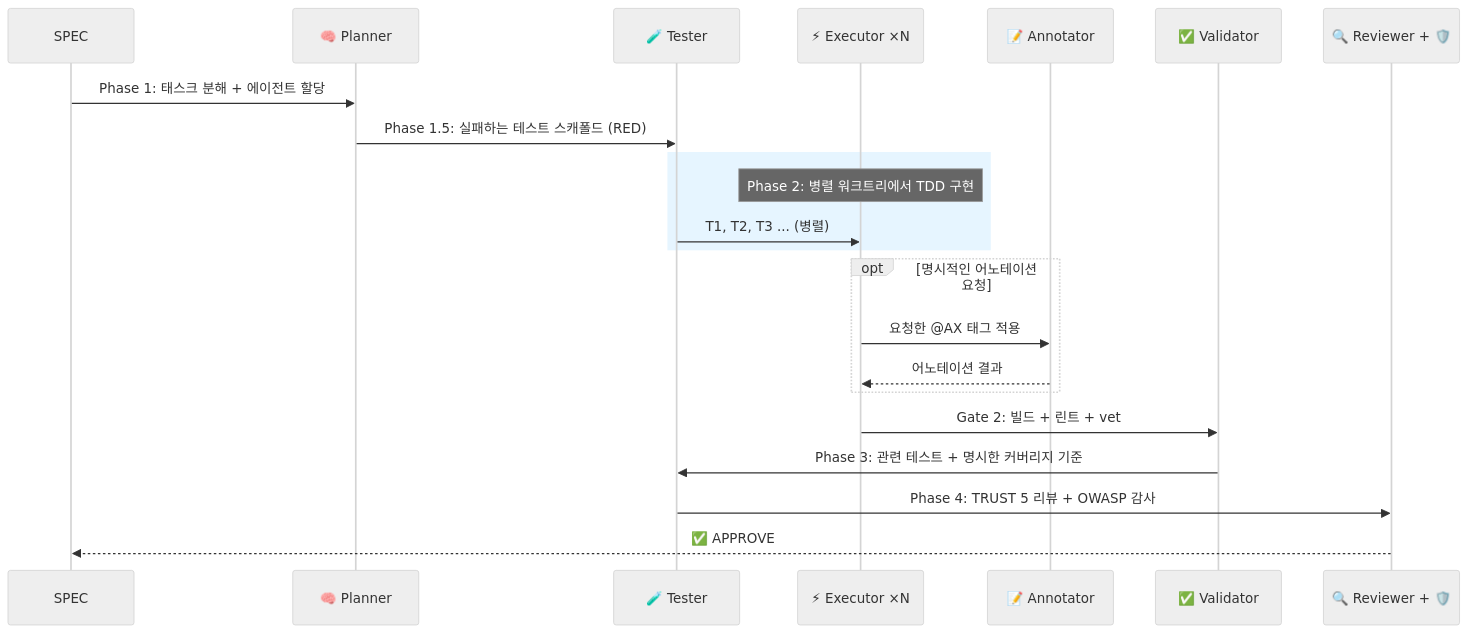
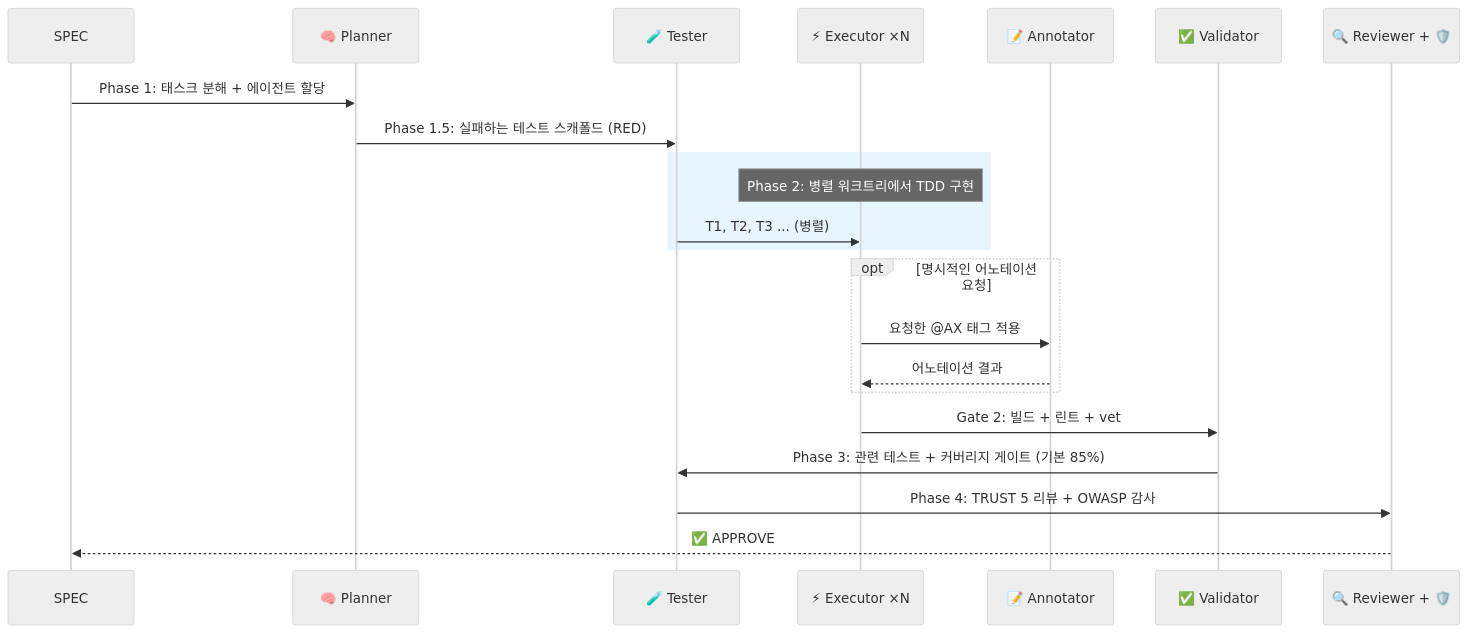
One commit to autopus-ai/autopus-adk changed the fourth of 5 diagrams in docs/README.ko.md. Above: the diagram before and after it, drawn with Mermaid (neutral theme). The commit also changed other lines of this file and 45 other files, not shown here.

````diff
--- a/docs/README.ko.md
+++ b/docs/README.ko.md
@@ -1008,27 +1008,27 @@
 ```mermaid
 sequenceDiagram
     participant S as SPEC
     participant P as 🧠 Planner
     participant T as 🧪 Tester
     participant E as ⚡ Executor ×N
     participant A as 📝 Annotator
     participant V as ✅ Validator
     participant R as 🔍 Reviewer + 🛡️
 
     S->>P: Phase 1: 태스크 분해 + 에이전트 할당
     P->>T: Phase 1.5: 실패하는 테스트 스캐폴드 (RED)
 
     rect rgb(230, 245, 255)
         Note over E: Phase 2: 병렬 워크트리에서 TDD 구현
         T->>E: T1, T2, T3 ... (병렬)
     end
 
     opt 명시적인 어노테이션 요청
         E->>A: 요청한 @AX 태그 적용
         A-->>E: 어노테이션 결과
     end
     E->>V: Gate 2: 빌드 + 린트 + vet
-    V->>T: Phase 3: 관련 테스트 + 명시한 커버리지 기준
+    V->>T: Phase 3: 관련 테스트 + 커버리지 게이트 (기본 85%)
     T->>R: Phase 4: TRUST 5 리뷰 + OWASP 감사
     R-->>S: ✅ APPROVE
 ```
````
